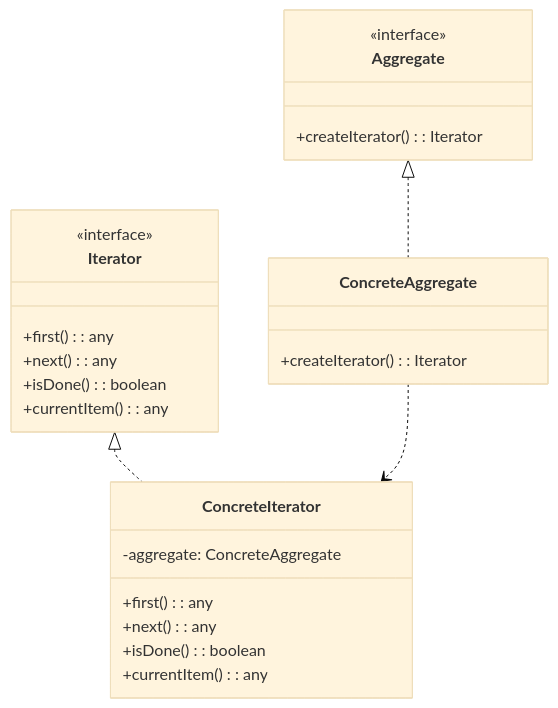
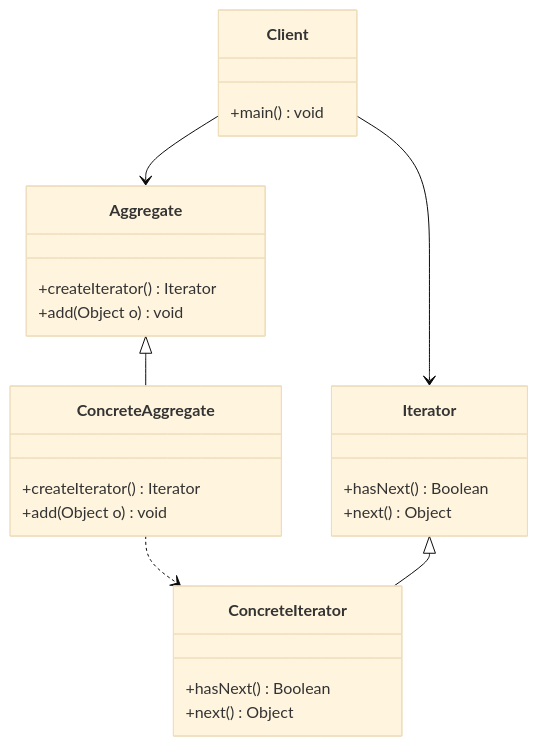
One commit to InfiniteAstral/notes changed diagram 11 of 11 in 计算机科学/面向对象设计与Java编程/9 设计模式/9-1 设计模式概述.md. Above: the diagram before and after it, drawn with Mermaid (base theme). The commit also changed other lines of this file, not shown here.

Commit message:
feat: update mermaid class diagram 计算机科学/面向对象设计与Java编程/9 设计模式/9-1 设计模式概述.md

````diff
--- a/计算机科学/面向对象设计与Java编程/9 设计模式/9-1 设计模式概述.md
+++ b/计算机科学/面向对象设计与Java编程/9 设计模式/9-1 设计模式概述.md
@@ -404,28 +492,31 @@
 ```mermaid
 classDiagram
-    class Aggregate {
-        <<interface>>
-        +createIterator(): Iterator
-    }
-    class ConcreteAggregate {
-        +createIterator(): Iterator
-    }
-    class Iterator {
-        <<interface>>
-        +first(): any
-        +next(): any
-        +isDone(): boolean
-        +currentItem(): any
-    }
-    class ConcreteIterator {
-        -aggregate: ConcreteAggregate
-        +first(): any
-        +next(): any
-        +isDone(): boolean
-        +currentItem(): any
-    }
+  direction TB
+  class Client {
+    +main() void
+  }
+  class Aggregate {
+    +createIterator() Iterator
+    +add(Object o) void
+  }
+  class ConcreteAggregate {
+    +createIterator() Iterator
+    +add(Object o) void
+  }
+  class Iterator {
+    +hasNext() Boolean
+    +next() Object
+  }
+  class ConcreteIterator {
+    +hasNext() Boolean
+    +next() Object
+  }
 
-    Aggregate <|.. ConcreteAggregate
-    Iterator <|.. ConcreteIterator
-    ConcreteAggregate ..> ConcreteIterator
+  ConcreteAggregate ..> ConcreteIterator
+
+  Client --> Aggregate
+  Aggregate <|-- ConcreteAggregate
+  Client --> Iterator
+  Iterator <|-- ConcreteIterator
+
 ```
````
